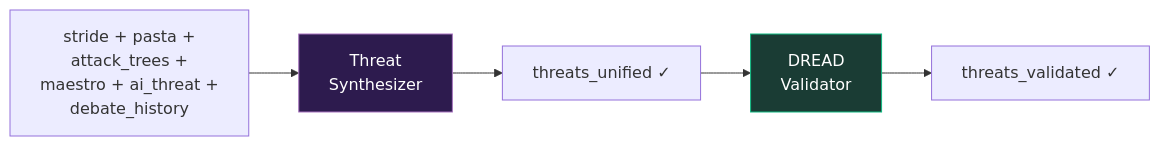
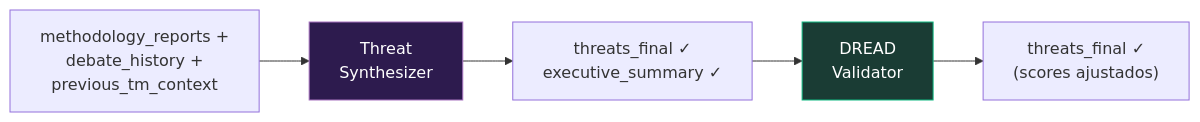
The sixth of 10 diagrams in docs/10_flujo_de_datos.md (philocyber/agent-threat-modeler), drawn with Mermaid before and after one commit. The commit also changed other lines of this file and 56 other files, not shown here.

````diff
--- a/docs/10_flujo_de_datos.md
+++ b/docs/10_flujo_de_datos.md
@@ -163,10 +165,10 @@
 ```mermaid
 flowchart LR
-    ALL["stride + pasta +<br/>attack_trees +<br/>maestro + ai_threat +<br/>debate_history"] --> SYN["Threat<br/>Synthesizer"]
-    SYN --> UNIFIED["threats_unified ✓"]
-    UNIFIED --> DREAD["DREAD<br/>Validator"]
-    DREAD --> VALIDATED["threats_validated ✓"]
+    ALL["methodology_reports +<br/>debate_history +<br/>previous_tm_context"] --> SYN["Threat<br/>Synthesizer"]
+    SYN --> FINAL1["threats_final ✓<br/>executive_summary ✓"]
+    FINAL1 --> DREAD["DREAD<br/>Validator"]
+    DREAD --> FINAL2["threats_final ✓<br/>(scores ajustados)"]
 
     style SYN fill:#2d1b4e,stroke:#a773bf,color:#fff
     style DREAD fill:#1a3c34,stroke:#10b981,color:#fff
 ```
````
